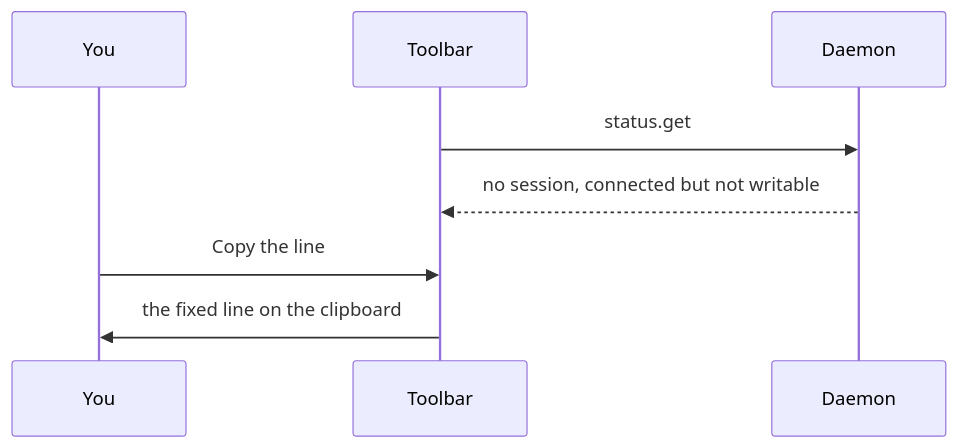
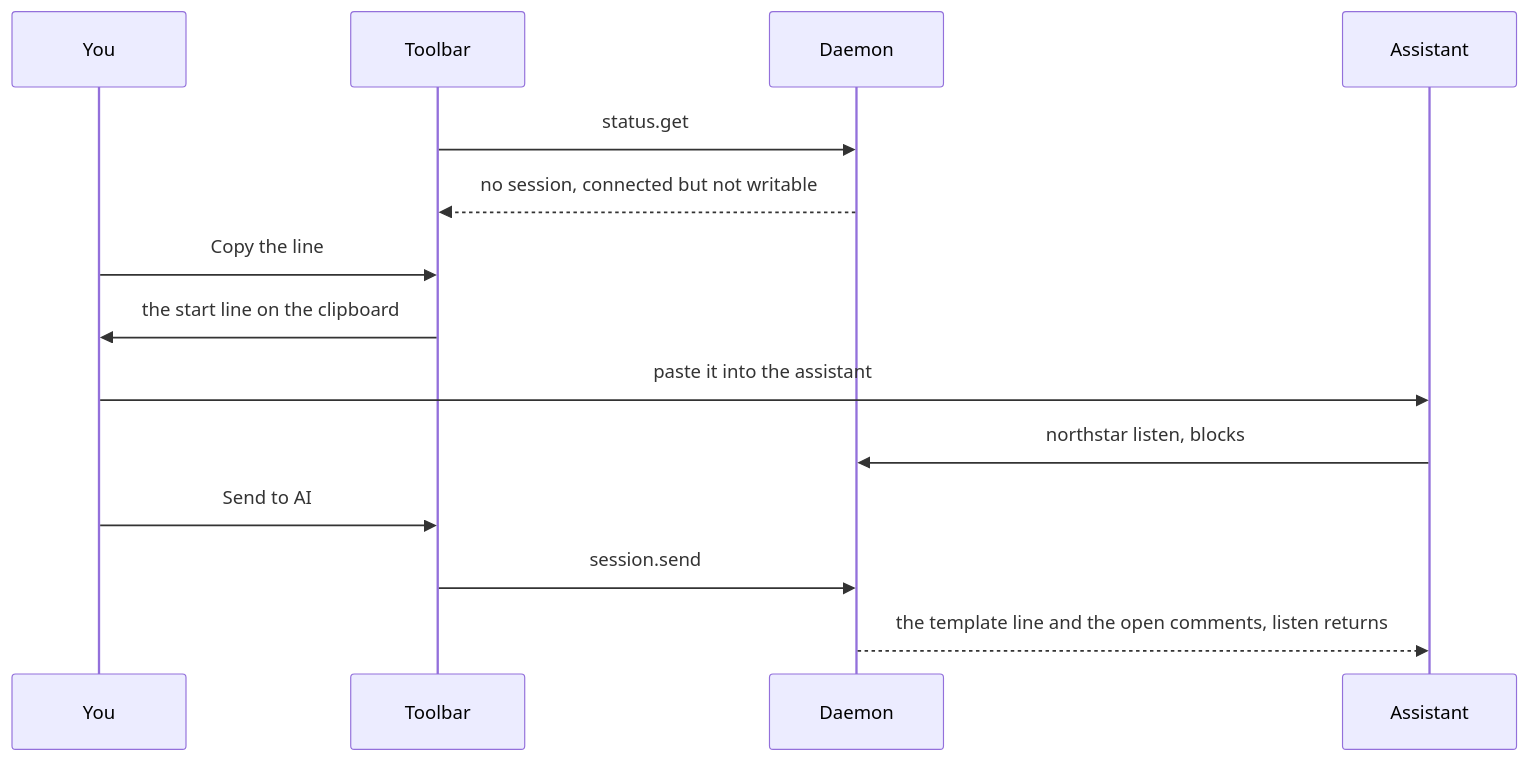
Before and after one commit to pallandir/northstar: the fourth of 4 diagrams in docs/flows.md, drawn with Mermaid. The commit also changed 27 other files, not shown here.

Commit message:
feat(mcp): connect any assistant with northstar listen and close the audit bugs

````diff
--- a/docs/flows.md
+++ b/docs/flows.md
@@ -123,11 +123,17 @@
 ```mermaid
 sequenceDiagram
     participant U as You
     participant T as Toolbar
     participant D as Daemon
+    participant A as Assistant
 
     T->>D: status.get
     D-->>T: no session, connected but not writable
     U->>T: Copy the line
-    T->>U: the fixed line on the clipboard
+    T->>U: the start line on the clipboard
+    U->>A: paste it into the assistant
+    A->>D: northstar listen, blocks
+    U->>T: Send to AI
+    T->>D: session.send
+    D-->>A: the template line and the open comments, listen returns
 ```
````
